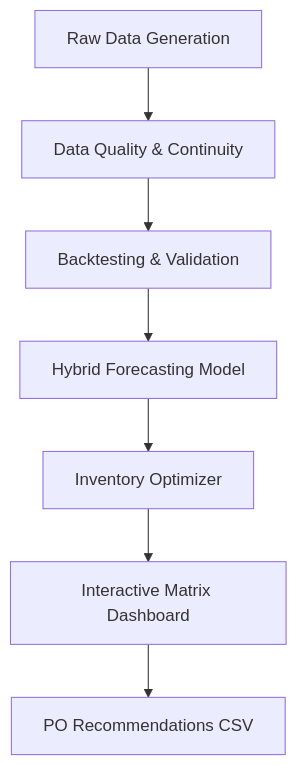
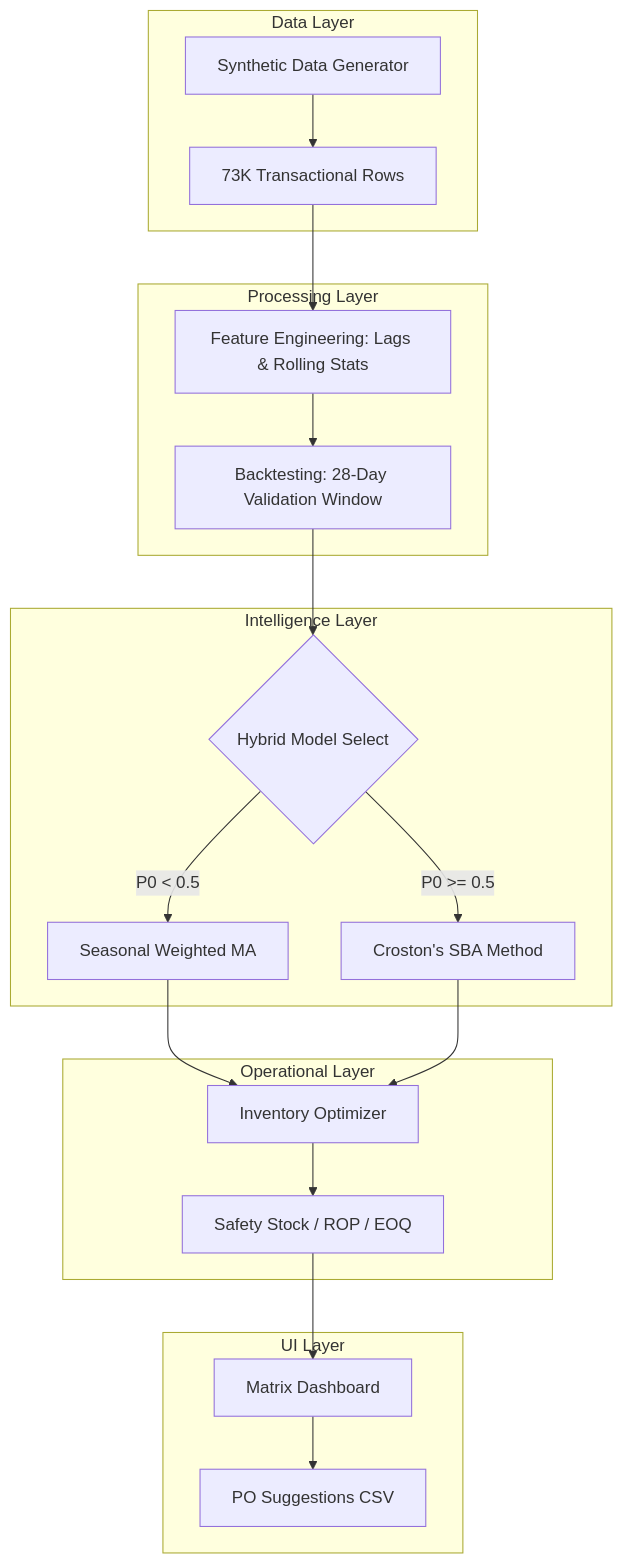
The diagram in README.md (hubliayan-dotcom/Data-Science-Project-5-), drawn with Mermaid before and after one commit. The commit also changed other lines of this file, not shown here.

First line of the commit message:
feat: Update README with system architecture and Node.js badge

````diff
--- a/README.md
+++ b/README.md
@@ -45,9 +24,27 @@
 ```mermaid
 graph TD
-    A[Raw Data Generation] --> B[Data Quality & Continuity]
-    B --> C[Backtesting & Validation]
-    C --> D[Hybrid Forecasting Model]
-    D --> E[Inventory Optimizer]
-    E --> F[Interactive Matrix Dashboard]
-    F --> G[PO Recommendations CSV]
+    subgraph "Data Layer"
+        A[Synthetic Data Generator] --> B[73K Transactional Rows]
+    end
+    
+    subgraph "Processing Layer"
+        B --> C[Feature Engineering: Lags & Rolling Stats]
+        C --> D[Backtesting: 28-Day Validation Window]
+    end
+    
+    subgraph "Intelligence Layer"
+        D --> E{Hybrid Model Select}
+        E -->|P0 < 0.5| F[Seasonal Weighted MA]
+        E -->|P0 >= 0.5| G[Croston's SBA Method]
+    end
+    
+    subgraph "Operational Layer"
+        F & G --> H[Inventory Optimizer]
+        H --> I[Safety Stock / ROP / EOQ]
+    end
+    
+    subgraph "UI Layer"
+        I --> J[Matrix Dashboard]
+        J --> K[PO Suggestions CSV]
+    end
 ```
````
